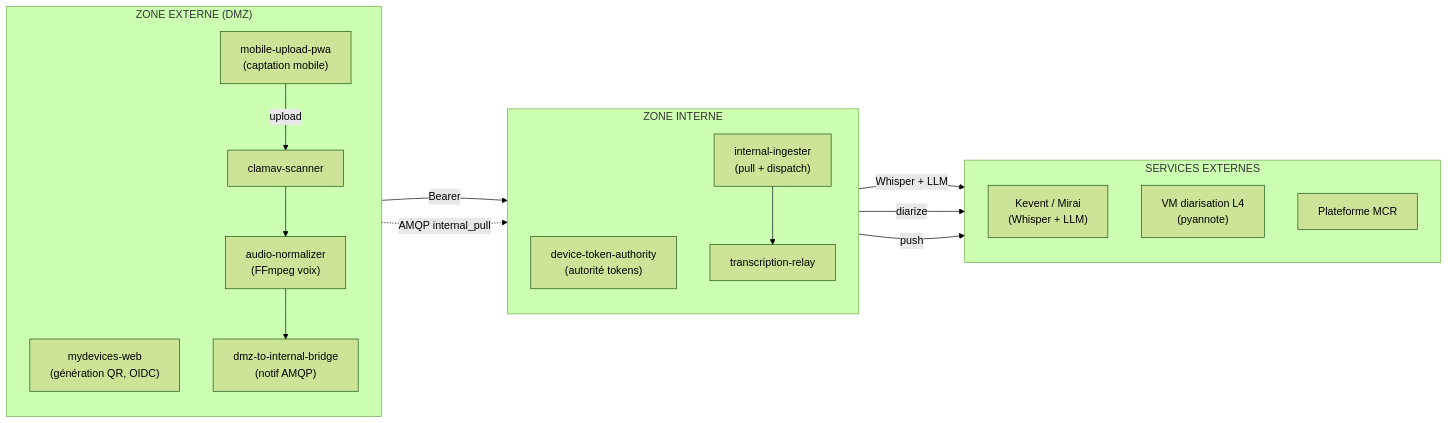
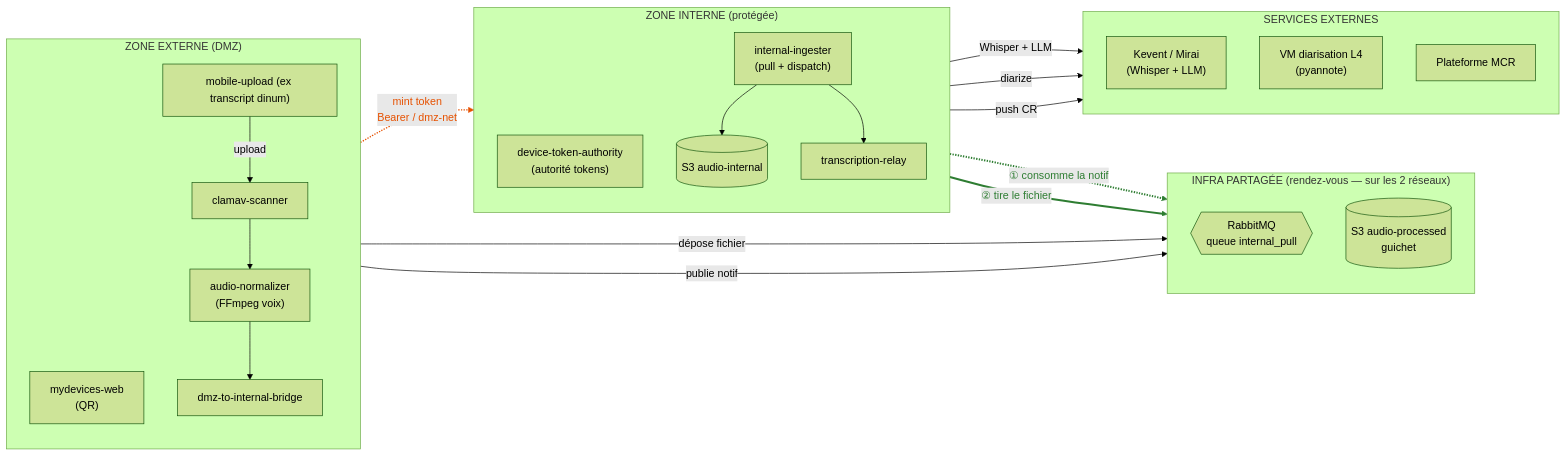
The first of 4 diagrams in repos/IA-Generative/mirai-mesreunions/README.md (betagouv/gitscan), drawn with Mermaid (forest theme) before and after one commit. The commit also changed other lines of this file and 4 other files, not shown here.

````diff
--- a/repos/IA-Generative/mirai-mesreunions/README.md
+++ b/repos/IA-Generative/mirai-mesreunions/README.md
@@ -76,33 +76,54 @@
 ```mermaid
 flowchart LR
   subgraph EXT["ZONE EXTERNE (DMZ)"]
     direction TB
-    MW["mydevices-web<br/>(génération QR, OIDC)"]
-    PWA["mobile-upload-pwa<br/>(captation mobile)"]
+    MW["mydevices-web<br/>(QR)"]
+    PWA["mobile-upload (ex transcript dinum)"]
     CV["clamav-scanner"]
     AN["audio-normalizer<br/>(FFmpeg voix)"]
-    BR["dmz-to-internal-bridge<br/>(notif AMQP)"]
+    BR["dmz-to-internal-bridge"]
   end
 
-  subgraph INT["ZONE INTERNE"]
+  subgraph SHARED["INFRA PARTAGÉE (rendez-vous — sur les 2 réseaux)"]
+    direction TB
+    MQ{{"RabbitMQ<br/>queue internal_pull"}}
+    GUI[("S3 audio-processed<br/>guichet")]
+  end
+
+  subgraph INT["ZONE INTERNE (protégée)"]
     direction TB
     DTA["device-token-authority<br/>(autorité tokens)"]
     ING["internal-ingester<br/>(pull + dispatch)"]
+    S3I[("S3 audio-internal")]
     REL["transcription-relay"]
   end
 
   subgraph EXTSVC["SERVICES EXTERNES"]
     direction TB
     KEV["Kevent / Mirai<br/>(Whisper + LLM)"]
     VM["VM diarisation L4<br/>(pyannote)"]
     MCR["Plateforme MCR"]
   end
 
-  MW -->|Bearer| DTA
-  PWA -->|upload| CV --> AN --> BR
-  BR -.->|AMQP internal_pull| ING
+  %% Données : déposées dans l'infra partagée, JAMAIS poussées dans l'interne
+  PWA -->|upload| CV --> AN
+  AN -->|dépose fichier| GUI
+  AN --> BR -->|publie notif| MQ
+
+  %% PULL : l'INTERNE tire depuis l'infra partagée (sockets sortantes)
+  ING -.->|① consomme la notif| MQ
+  ING ==>|② tire le fichier| GUI
+  ING --> S3I
   ING --> REL
+
+  %% Contrôle : l'externe demande à l'autorité INTERNE de frapper un token (RPC authentifié)
+  MW -.->|mint token<br/>Bearer / dmz-net| DTA
+
+  %% Traitements lourds : initiés depuis l'interne
   ING -->|Whisper + LLM| KEV
   ING -->|diarize| VM
-  ING -->|push| MCR
+  ING -->|push CR| MCR
+
+  linkStyle 5,6 stroke:#2e7d32,stroke-width:3px,color:#2e7d32
+  linkStyle 9 stroke:#e65100,stroke-width:2px,color:#e65100
 ```
````
